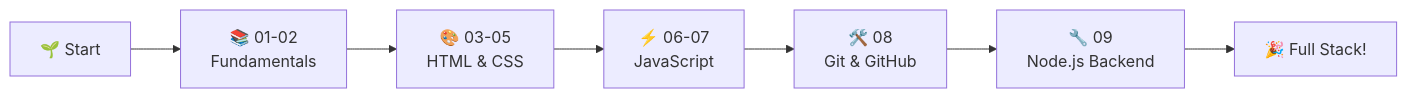
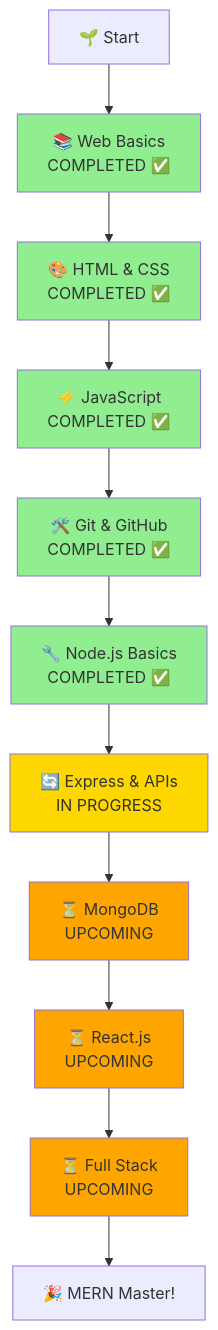
The diagram in README.md (ranichandnirani/Complete-Web-Development-step-by-step), drawn with Mermaid before and after one commit. The commit also changed other lines of this file, not shown here.

````diff
--- a/README.md
+++ b/README.md
@@ -168,9 +186,23 @@
 ```mermaid
-graph LR
-    A[🌱 Start] --> B[📚 01-02<br/>Fundamentals]
-    B --> C[🎨 03-05<br/>HTML & CSS]
-    C --> D[⚡ 06-07<br/>JavaScript]
-    D --> E[🛠️ 08<br/>Git & GitHub]
-    E --> F[🔧 09<br/>Node.js Backend]
-    F --> G[🎉 Full Stack!]
+graph TD
+    A[🌱 Start] --> B[📚 Web Basics<br/>COMPLETED ✅]
+    B --> C[🎨 HTML & CSS<br/>COMPLETED ✅]
+    C --> D[⚡ JavaScript<br/>COMPLETED ✅]
+    D --> E[🛠️ Git & GitHub<br/>COMPLETED ✅]
+    E --> F[🔧 Node.js Basics<br/>COMPLETED ✅]
+    F --> G[🔄 Express & APIs<br/>IN PROGRESS]
+    G --> H[⏳ MongoDB<br/>UPCOMING]
+    H --> I[⏳ React.js<br/>UPCOMING]
+    I --> J[⏳ Full Stack<br/>UPCOMING]
+    J --> K[🎉 MERN Master!]
+    
+    style B fill:#90EE90
+    style C fill:#90EE90
+    style D fill:#90EE90
+    style E fill:#90EE90
+    style F fill:#90EE90
+    style G fill:#FFD700
+    style H fill:#FFA500
+    style I fill:#FFA500
+    style J fill:#FFA500
 ```
````
